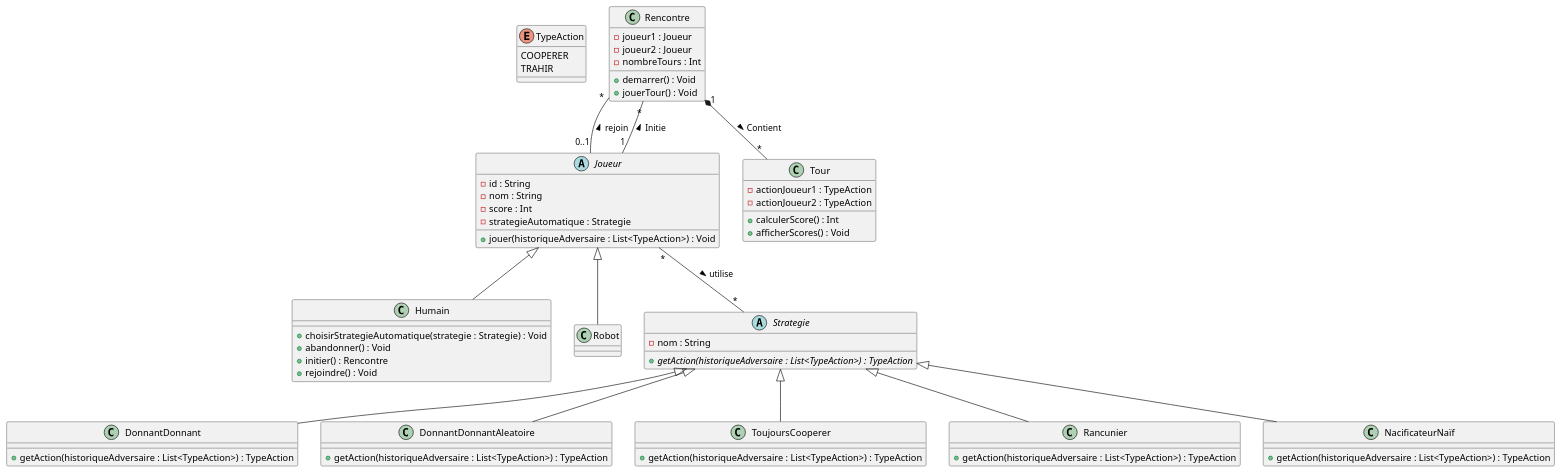
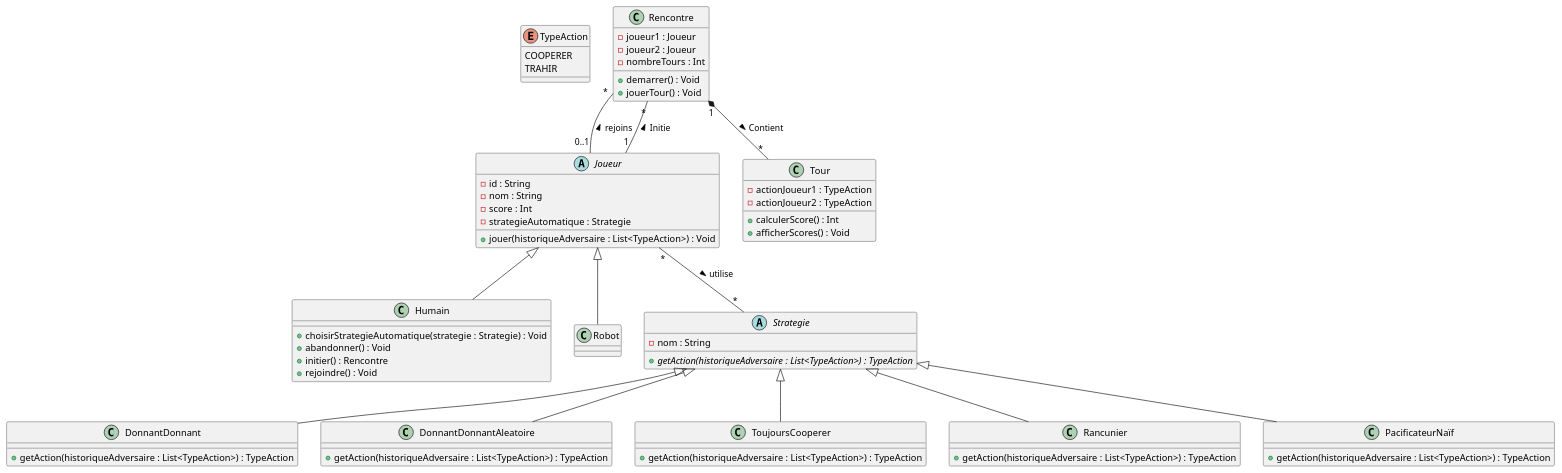
Before and after one commit to nicomr70/prisonners-dilemma: the diagram in UML/uml_1.puml, drawn with PlantUML. The commit also changed 9 other files, not shown here.

```diff
--- a/UML/uml_1.puml
+++ b/UML/uml_1.puml
@@ -1,81 +1,81 @@
 @startuml
 
 enum TypeAction {
     COOPERER
     TRAHIR
 }
 
 
 abstract Joueur {
     - id : String
     - nom : String
     - score : Int
     - strategieAutomatique : Strategie
     + jouer(historiqueAdversaire : List<TypeAction>) : Void
 }
 
 
 class Humain extends Joueur{
     + choisirStrategieAutomatique(strategie : Strategie) : Void
     + abandonner() : Void
     + initier() : Rencontre
     + rejoindre() : Void
 }
 
 class Robot extends Joueur {
     }
 
 
 class Rencontre {
     - joueur1 : Joueur
     - joueur2 : Joueur
     - nombreTours : Int
     + demarrer() : Void
     + jouerTour() : Void
 
 }
 
 class Tour {
     - actionJoueur1 : TypeAction
     - actionJoueur2 : TypeAction
     + calculerScore() : Int
     + afficherScores() : Void
 }
 
 abstract class Strategie {
     - nom : String
     {abstract} + getAction(historiqueAdversaire : List<TypeAction>) : TypeAction
    }
 
 class DonnantDonnant extends Strategie {
    + getAction(historiqueAdversaire : List<TypeAction>) : TypeAction
 
 }
 
 class DonnantDonnantAleatoire extends Strategie {
     + getAction(historiqueAdversaire : List<TypeAction>) : TypeAction
 
 }
 
 class ToujoursCooperer extends Strategie {
     + getAction(historiqueAdversaire : List<TypeAction>) : TypeAction
 
 }
 
 class Rancunier extends Strategie {
     + getAction(historiqueAdversaire : List<TypeAction>) : TypeAction
 
 }
 
-class NacificateurNaïf extends Strategie {
+class PacificateurNaïf extends Strategie {
     + getAction(historiqueAdversaire : List<TypeAction>) : TypeAction
 
 }
 
 
 Joueur "*" -- "*" Strategie : utilise >
-Rencontre "*" -- "0..1" Joueur : rejoin <
+Rencontre "*" -- "0..1" Joueur : rejoins <
 Rencontre "*" -- "1" Joueur : Initie <
 Rencontre "1" *-- "*" Tour : Contient >
 
 @enduml
```
